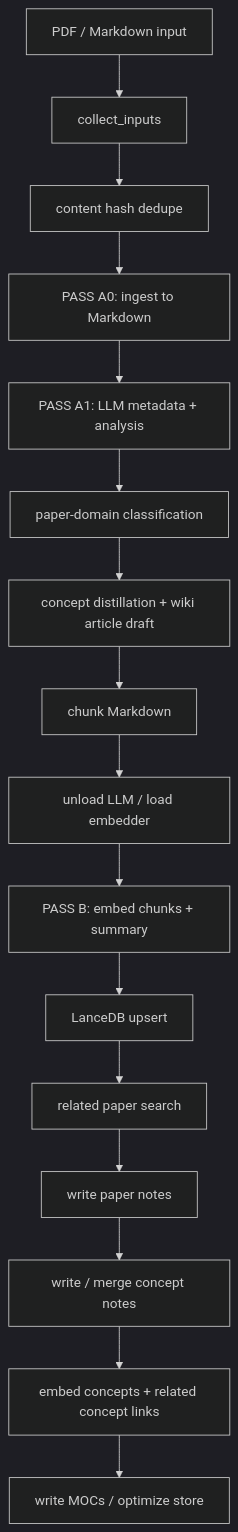
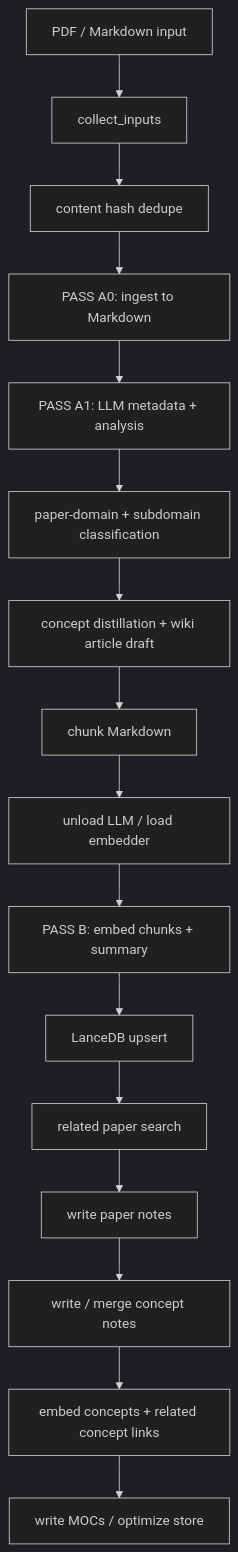
One commit to jay0n9/paperroach changed the first of 4 diagrams in DATA_PIPELINE.md. Above: the diagram before and after it, drawn with Mermaid (dark theme). The commit also changed other lines of this file and 10 other files, not shown here.

````diff
--- a/DATA_PIPELINE.md
+++ b/DATA_PIPELINE.md
@@ -62,18 +63,18 @@
 ```mermaid
 flowchart TD
     A["PDF / Markdown input"] --> B["collect_inputs"]
     B --> C["content hash dedupe"]
     C --> D["PASS A0: ingest to Markdown"]
     D --> E["PASS A1: LLM metadata + analysis"]
-    E --> F["paper-domain classification"]
+    E --> F["paper-domain + subdomain classification"]
     F --> G["concept distillation + wiki article draft"]
     G --> H["chunk Markdown"]
     H --> I["unload LLM / load embedder"]
     I --> J["PASS B: embed chunks + summary"]
     J --> K["LanceDB upsert"]
     K --> L["related paper search"]
     L --> M["write paper notes"]
     M --> N["write / merge concept notes"]
     N --> O["embed concepts + related concept links"]
     O --> P["write MOCs / optimize store"]
 ```
````
